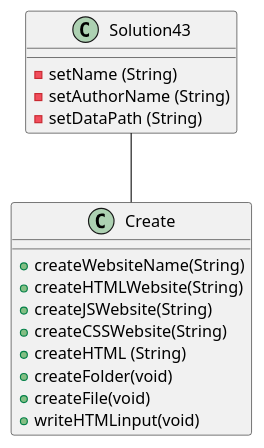
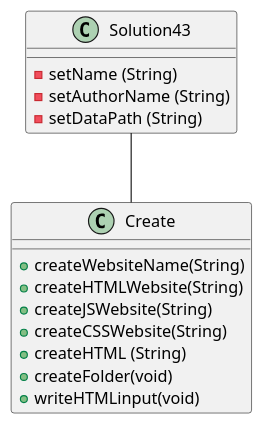
One commit to mathdude3482/Jaro-a04 changed the diagram in exercise43/docs/diagram.puml. Above: the diagram before and after it, drawn with PlantUML. The commit also changed 5 other files, not shown here.

```diff
--- a/exercise43/docs/diagram.puml
+++ b/exercise43/docs/diagram.puml
@@ -1,18 +1,17 @@
 @startuml
 class Solution43{
 - setName (String)
 - setAuthorName (String)
 - setDataPath (String)
 }
 class Create{
 + createWebsiteName(String)
 + createHTMLWebsite(String)
 + createJSWebsite(String)
 + createCSSWebsite(String)
 + createHTML (String)
 + createFolder(void)
-+ createFile(void)
 + writeHTMLinput(void)
 }
 Solution43 -- Create
 @enduml
```
